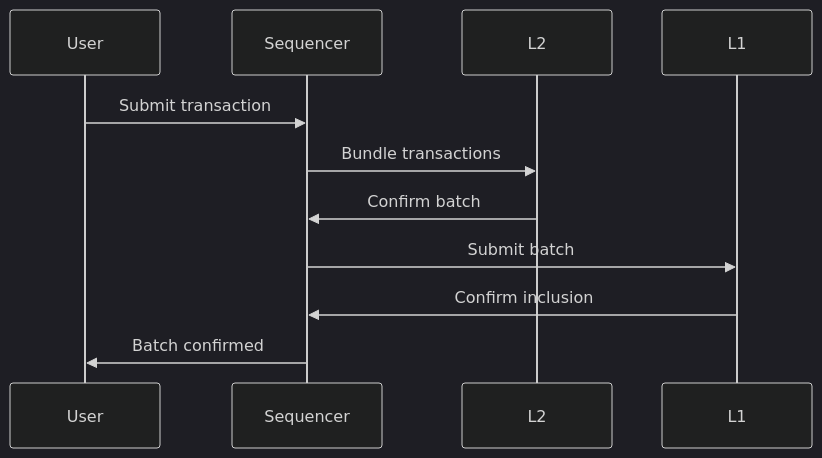
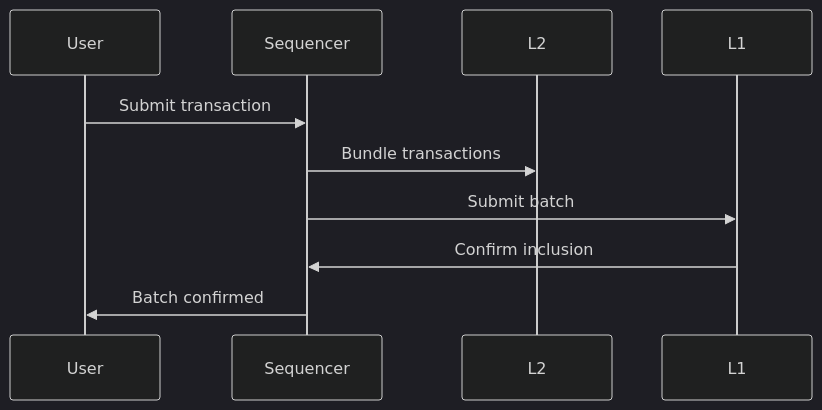
The fourth of 5 diagrams in homework/week1-article-blockchain.md (MrRogueKnight/Dev3Pack-Lisk-Solidity-Bootcamp-2025), drawn with Mermaid (dark theme) before and after one commit. The commit also changed other lines of this file, not shown here.

````diff
--- a/homework/week1-article-blockchain.md
+++ b/homework/week1-article-blockchain.md
@@ -221,13 +215,12 @@
 ```mermaid
 sequenceDiagram
     participant User
     participant Sequencer
     participant L2
     participant L1
     User->>Sequencer: Submit transaction
     Sequencer->>L2: Bundle transactions
-    L2->>Sequencer: Confirm batch
     Sequencer->>L1: Submit batch
     L1->>Sequencer: Confirm inclusion
     Sequencer->>User: Batch confirmed
 ```
````
